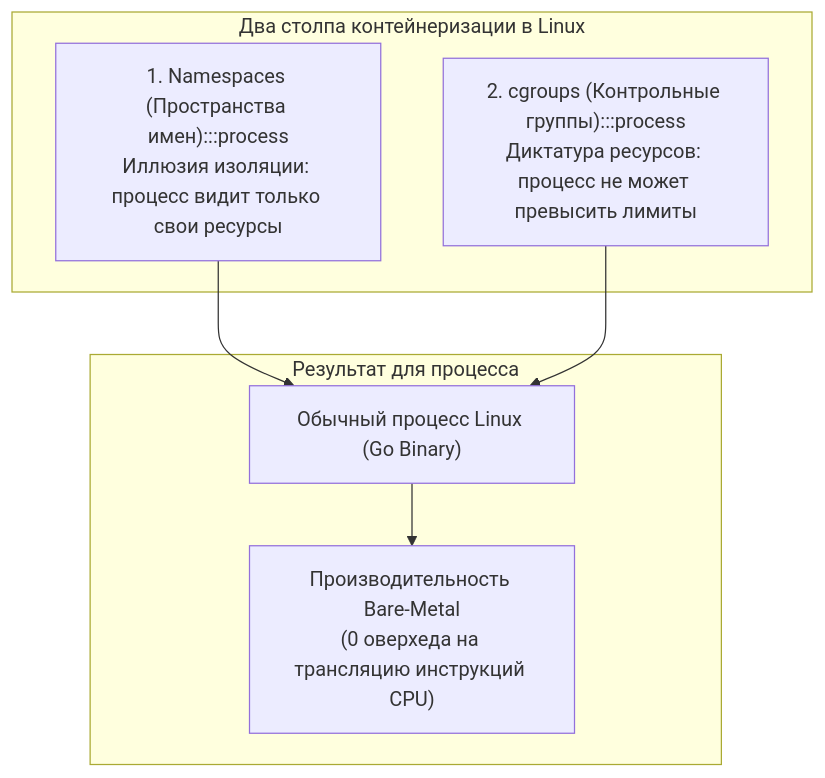
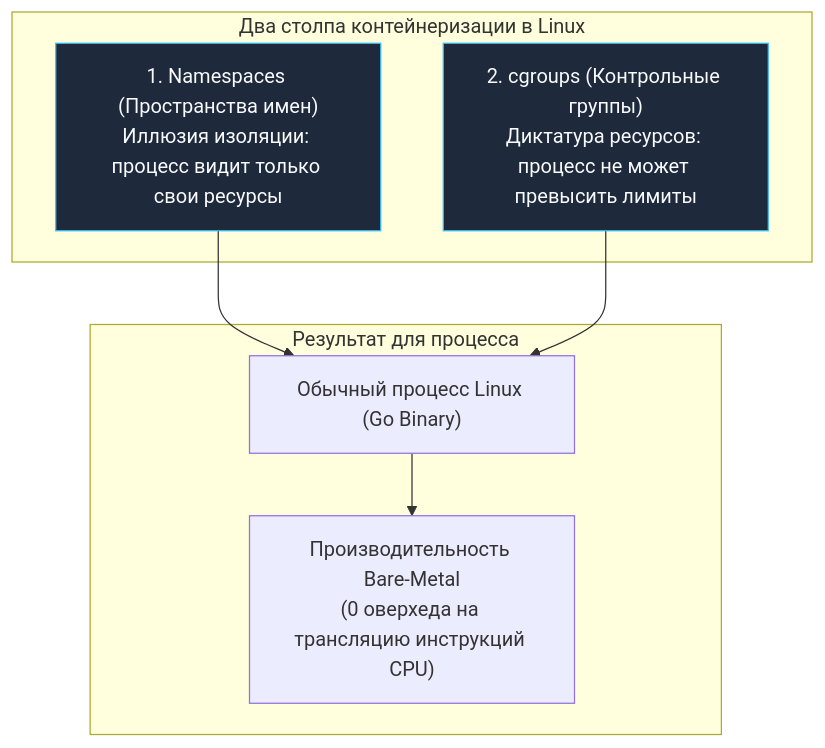
Before and after one commit to UnrealTemplier/go-textbook-ru: the first of 3 diagrams in sources/2. Устройство и работа ОС/53. Контейнеры под капотом. namespaces и cgroups.md, drawn with Mermaid. The commit also changed 40 other files, not shown here.

First line of the commit message:
fix(mermaid): move :::class out of 48 quoted node labels

````diff
--- a/sources/2. Устройство и работа ОС/53. Контейнеры под капотом. namespaces и cgroups.md
+++ b/sources/2. Устройство и работа ОС/53. Контейнеры под капотом. namespaces и cgroups.md
@@ -16,29 +16,29 @@
 ```mermaid
 flowchart TD
     classDef process  fill:#1e293b,stroke:#38bdf8,stroke-width:1px,color:#f8fafc
     classDef success  fill:#064e3b,stroke:#34d399,stroke-width:1px,color:#f8fafc
     classDef error    fill:#7f1d1d,stroke:#f87171,stroke-width:1px,color:#f8fafc
     classDef warning  fill:#78350f,stroke:#fbbf24,stroke-width:1px,color:#f8fafc
     classDef entry    fill:#1e3a5f,stroke:#38bdf8,stroke-width:2px,color:#f8fafc
     classDef aux      fill:#334155,stroke:#64748b,stroke-width:1px,color:#f8fafc
     classDef system   fill:#312e81,stroke:#a78bfa,stroke-width:1px,color:#f8fafc
     classDef data     fill:#132d29,stroke:#2dd4bf,stroke-width:1px,color:#f8fafc
     classDef network  fill:#881337,stroke:#fb7185,stroke-width:1px,color:#f8fafc
     classDef accent   fill:#1e1b4b,stroke:#818cf8,stroke-width:1px,color:#f8fafc
     subgraph ContainerPillars["Два столпа контейнеризации в Linux"]
-        NS["1. Namespaces (Пространства имен):::process
-Иллюзия изоляции: процесс видит только свои ресурсы"]
-        CG["2. cgroups (Контрольные группы):::process
-Диктатура ресурсов: процесс не может превысить лимиты"]
+        NS["1. Namespaces (Пространства имен)
+Иллюзия изоляции: процесс видит только свои ресурсы"]:::process
+        CG["2. cgroups (Контрольные группы)
+Диктатура ресурсов: процесс не может превысить лимиты"]:::process
     end
 
     subgraph Result["Результат для процесса"]
         Proc["Обычный процесс Linux (Go Binary)"]
         Perf["Производительность Bare-Metal
 (0 оверхеда на трансляцию инструкций CPU)"]
     end
 
     NS --> Proc
     CG --> Proc
     Proc --> Perf
 ```
````
